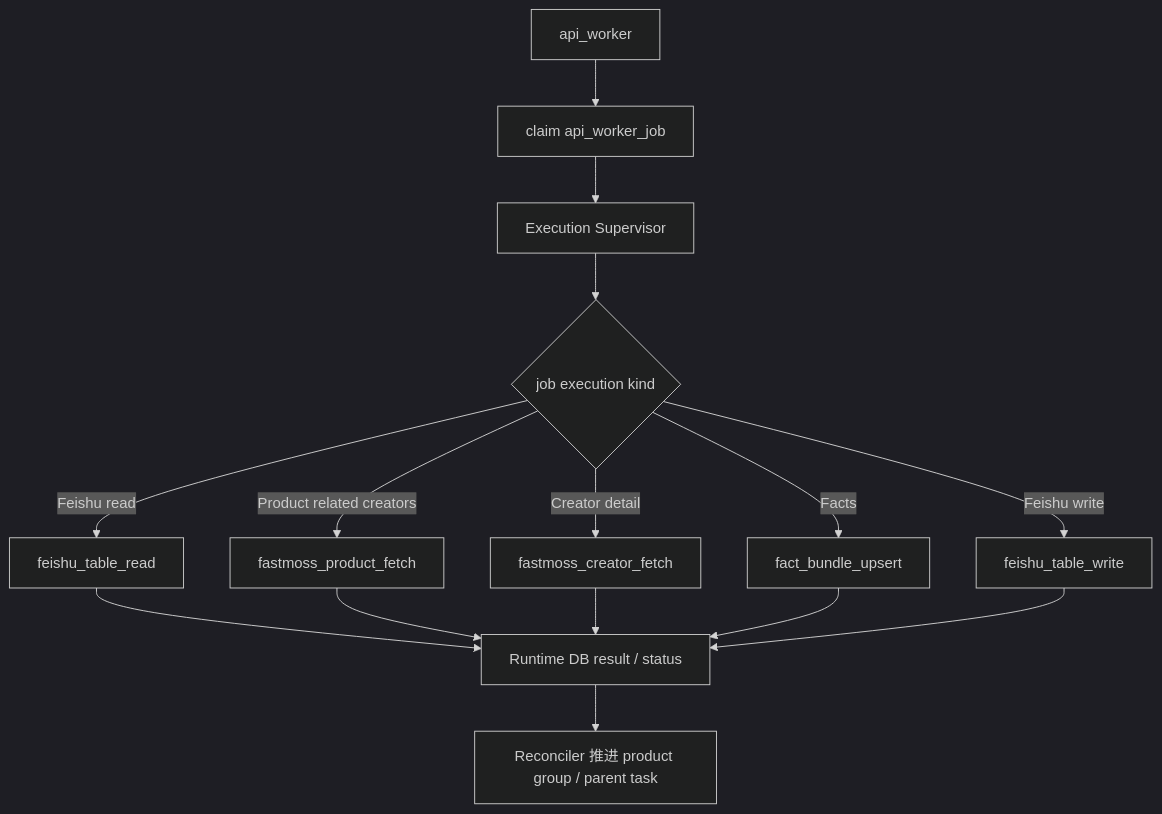
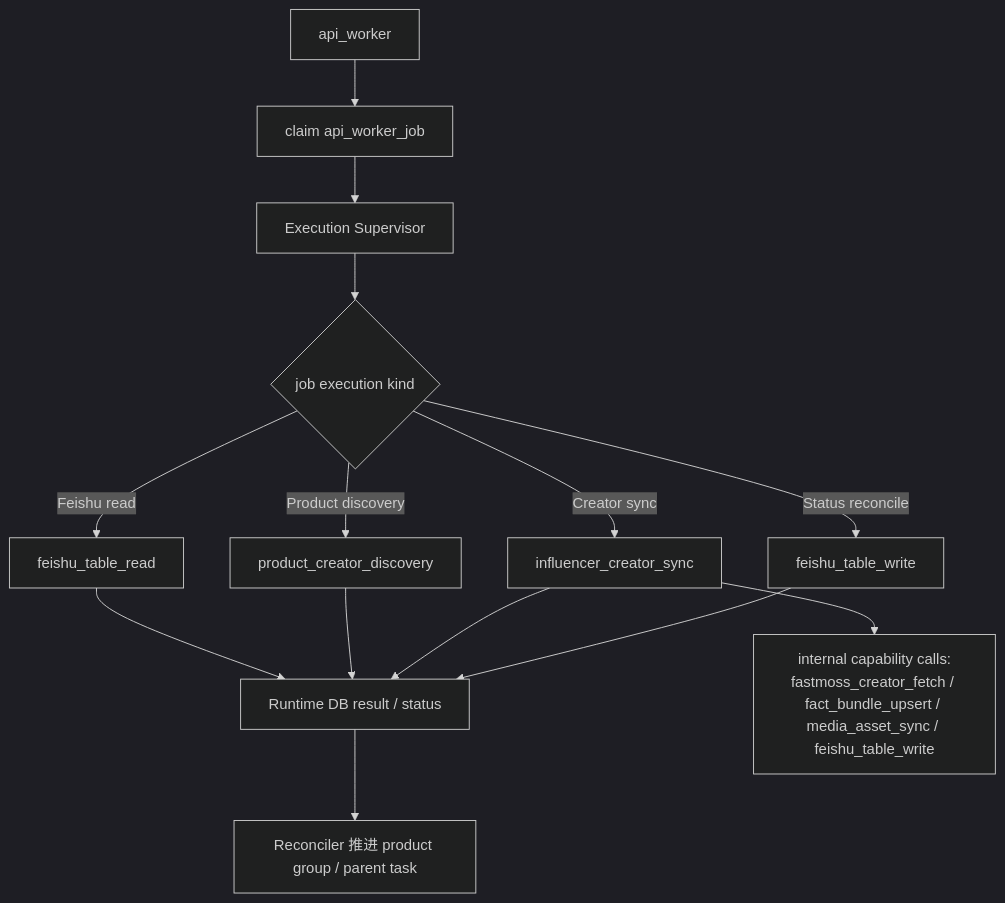
The fifth of 5 diagrams in docs/arch/workflow-influencer-pool-sync-design.md (knighterrantsky/mujitask), drawn with Mermaid (dark theme) before and after one commit. The commit also changed other lines of this file and 62 other files, not shown here.

Commit message:
Finalize project architecture contracts and workflow gates

````diff
--- a/docs/arch/workflow-influencer-pool-sync-design.md
+++ b/docs/arch/workflow-influencer-pool-sync-design.md
@@ -170,17 +173,16 @@
 ```mermaid
 flowchart TD
     A["api_worker"] --> B["claim api_worker_job"]
     B --> C["Execution Supervisor"]
     C --> D{"job execution kind"}
     D -->|Feishu read| E["feishu_table_read"]
-    D -->|Product related creators| F["fastmoss_product_fetch"]
-    D -->|Creator detail| G["fastmoss_creator_fetch"]
-    D -->|Facts| H["fact_bundle_upsert"]
-    D -->|Feishu write| I["feishu_table_write"]
+    D -->|Product discovery| F["product_creator_discovery"]
+    D -->|Creator sync| G["influencer_creator_sync"]
+    D -->|Status reconcile| I["feishu_table_write"]
     E --> J["Runtime DB result / status"]
     F --> J
     G --> J
-    H --> J
     I --> J
-    J --> K["Reconciler 推进 product group / parent task"]
+    G --> K["internal capability calls:<br/>fastmoss_creator_fetch / fact_bundle_upsert / media_asset_sync / feishu_table_write"]
+    J --> L["Reconciler 推进 product group / parent task"]
 ```
````
